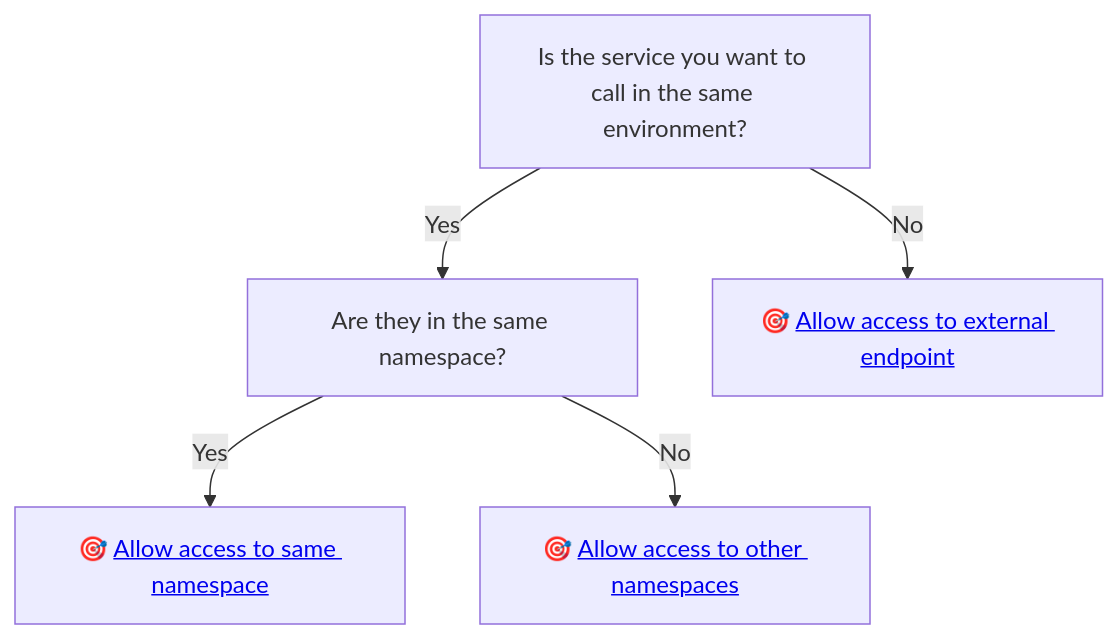
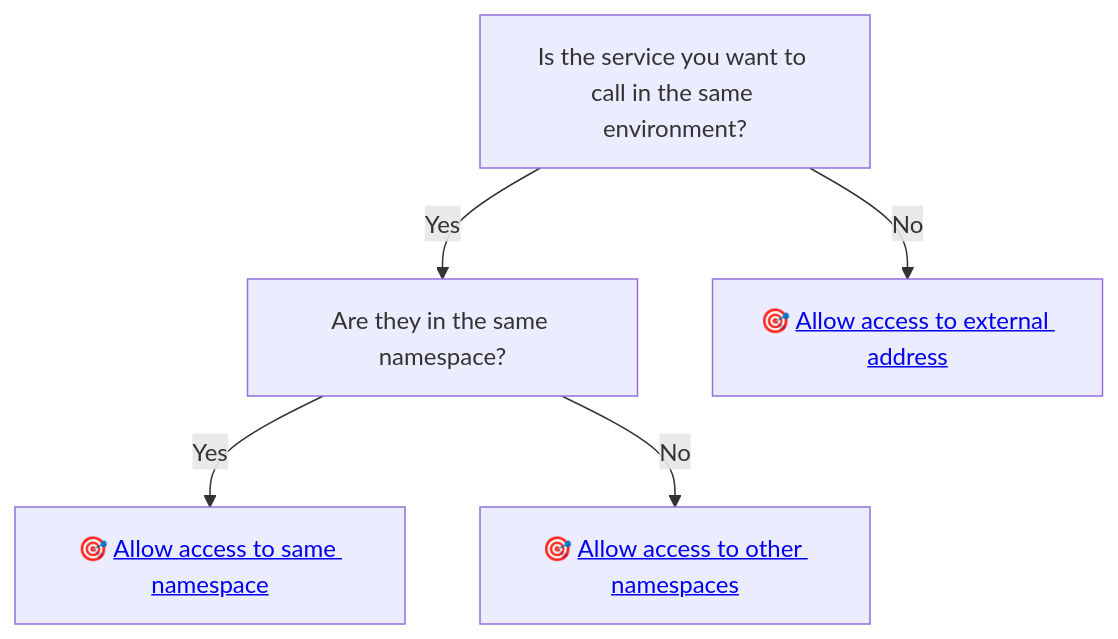
Before and after one commit to nais/doc: the second of 2 diagrams in docs/workloads/explanations/zero-trust.md, drawn with Mermaid. The commit also changed other lines of this file and 3 other files, not shown here.

````diff
--- a/docs/workloads/explanations/zero-trust.md
+++ b/docs/workloads/explanations/zero-trust.md
@@ -48,8 +48,8 @@
 ```mermaid
 graph TD
   A[Is the service you want to call in the same environment?]
   A --> |Yes| B[Are they in the same namespace?]
-  A --> |No| Internet[🎯 <a href='../../how-to/access-policies#send-requests-to-external-endpoints'>Allow access to external endpoint</a>]
+  A --> |No| Internet[🎯 <a href='../../how-to/access-policies#send-requests-to-external-addresses'>Allow access to external address</a>]
   B --> |Yes| InternalSameNS[🎯 <a href='../../how-to/access-policies#send-requests-to-another-app-in-the-same-namespace'>Allow access to same namespace</a>]
   B --> |No| InternalOtherNS[🎯 <a href='../../how-to/access-policies#send-requests-to-other-app-in-another-namespace'>Allow access to other namespaces</a>]
 ```
````
